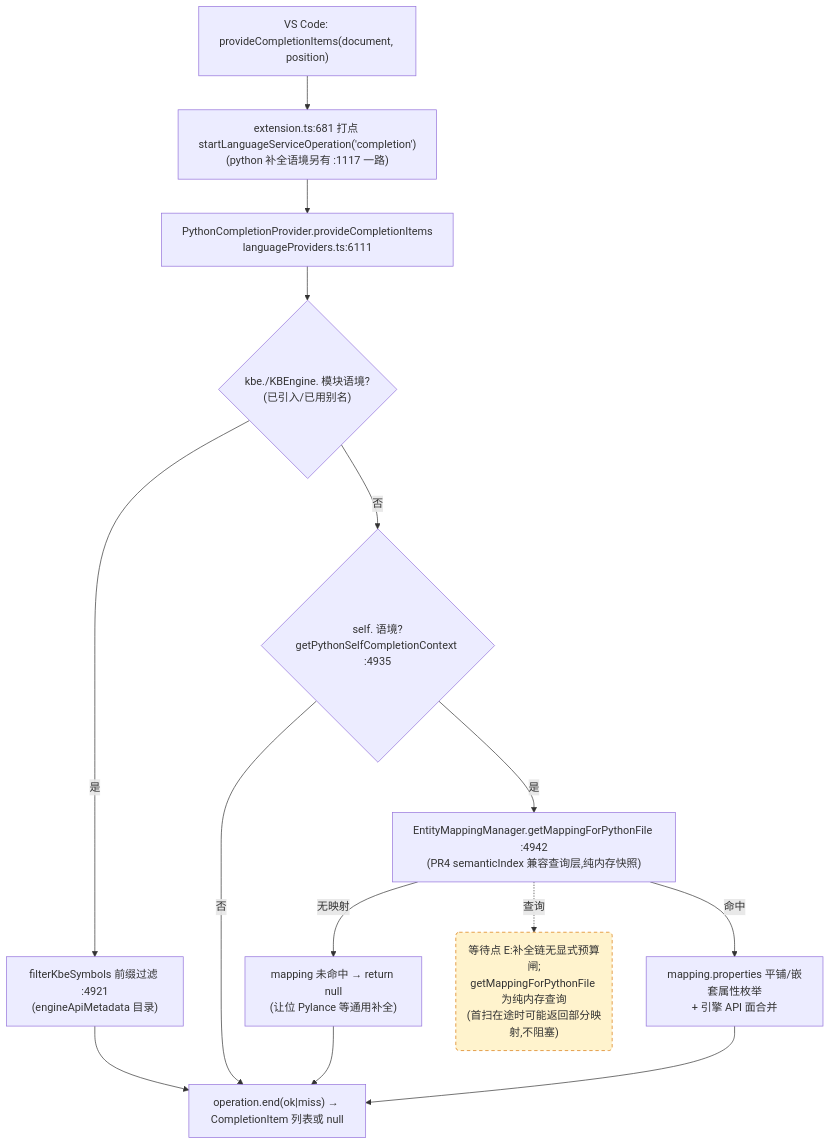
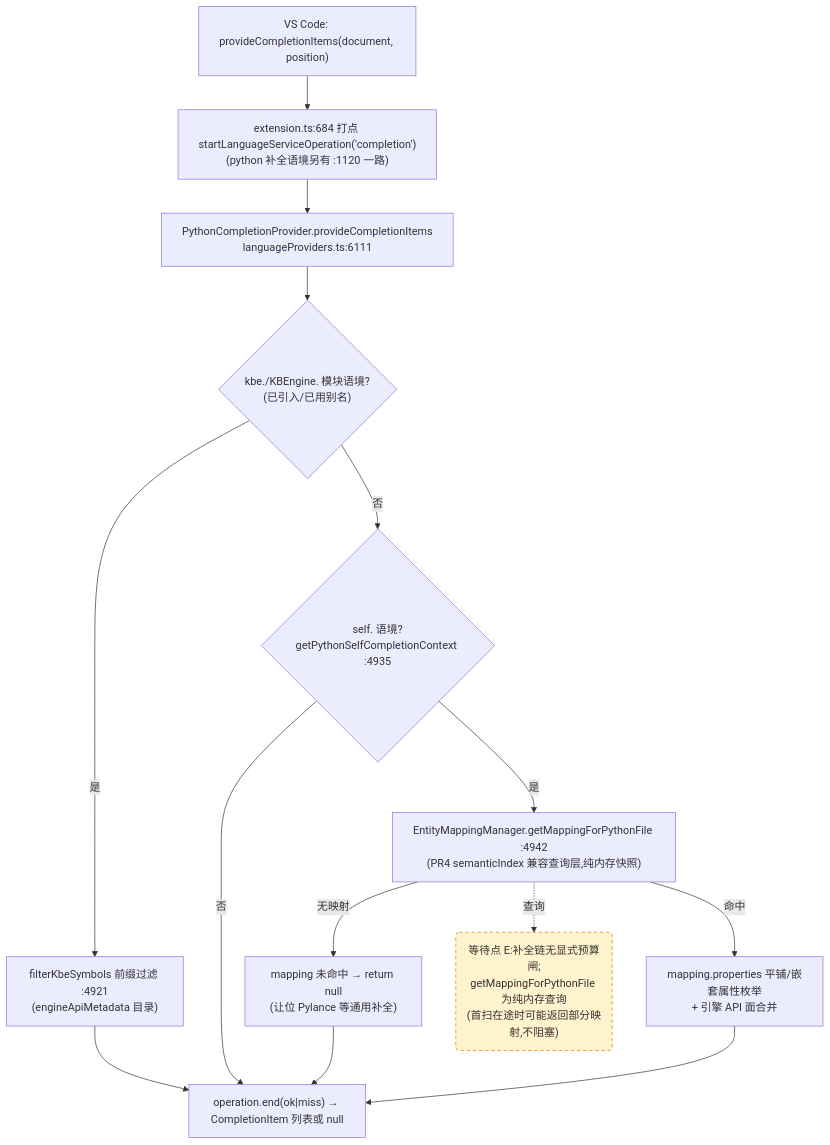
Before and after one commit to cuihairu/kode: the third of 4 diagrams in docs/perf/2026-baseline.md, drawn with Mermaid. The commit also changed other lines of this file and 5 other files, not shown here.

````diff
--- a/docs/perf/2026-baseline.md
+++ b/docs/perf/2026-baseline.md
@@ -184,27 +184,27 @@
 ```mermaid
 flowchart TD
   VC3["VS Code: provideCompletionItems(document, position)"]
-  M3["extension.ts:681 打点 startLanguageServiceOperation('completion')<br/>(python 补全语境另有 :1117 一路)"]
+  M3["extension.ts:684 打点 startLanguageServiceOperation('completion')<br/>(python 补全语境另有 :1120 一路)"]
   CP["PythonCompletionProvider.provideCompletionItems<br/>languageProviders.ts:6111"]
   KBEC{"kbe./KBEngine. 模块语境?<br/>(已引入/已用别名)"}
   FILTER["filterKbeSymbols 前缀过滤 :4921<br/>(engineApiMetadata 目录)"]
   SELFC{"self. 语境?<br/>getPythonSelfCompletionContext :4935"}
   MAP["EntityMappingManager.getMappingForPythonFile :4942<br/>(PR4 semanticIndex 兼容查询层,纯内存快照)"]
   NOMAP["mapping 未命中 → return null<br/>(让位 Pylance 等通用补全)"]
   PROPS["mapping.properties 平铺/嵌套属性枚举<br/>+ 引擎 API 面合并"]
   END3["operation.end(ok|miss) → CompletionItem 列表或 null"]
 
   VC3 --> M3 --> CP --> KBEC
   KBEC -- "是" --> FILTER --> END3
   KBEC -- "否" --> SELFC
   SELFC -- "否" --> END3
   SELFC -- "是" --> MAP
   MAP -- "无映射" --> NOMAP --> END3
   MAP -- "命中" --> PROPS --> END3
 
   WAITE("等待点 E:补全链无显式预算闸;<br/>getMappingForPythonFile 为纯内存查询<br/>(首扫在途时可能返回部分映射,不阻塞)")
   MAP -.->|查询| WAITE
 
   classDef waitPoint fill:#fff3cd,stroke:#d97706,stroke-dasharray:5 4;
   class WAITE waitPoint;
 ```
````
